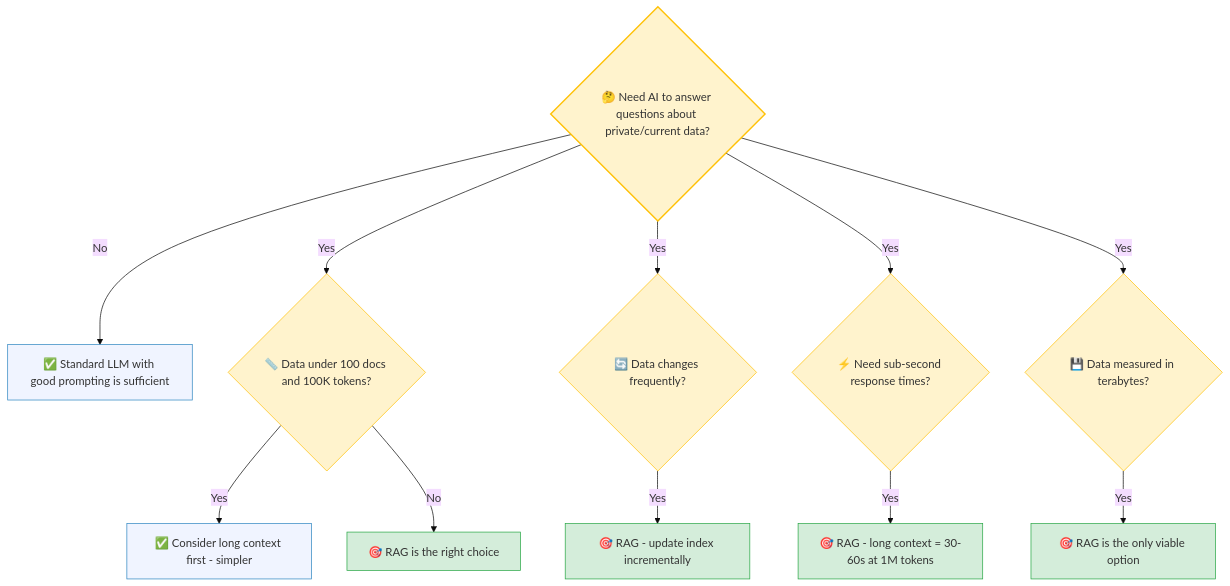
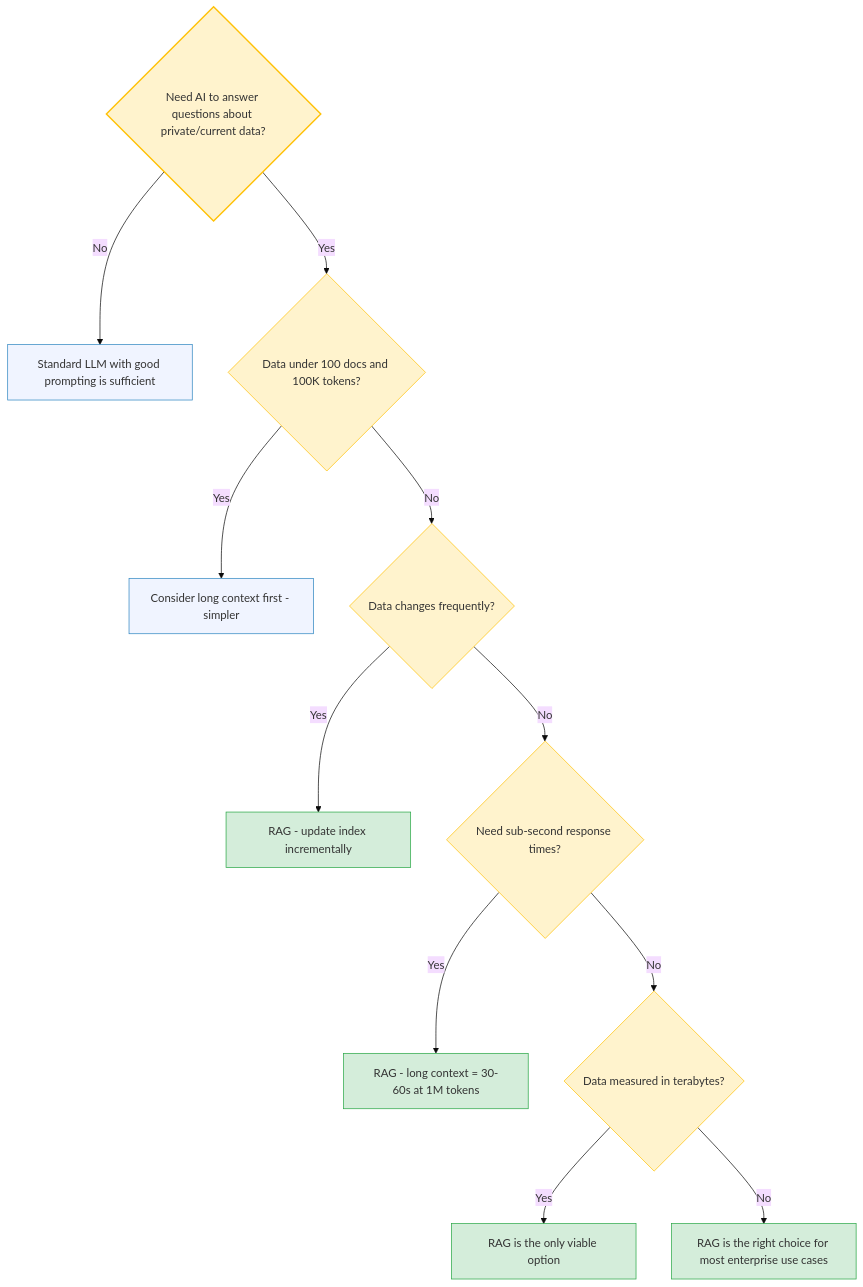
Before and after one commit to ithinktavo/GenAI-Engineering-Handbook: the tenth of 10 diagrams in docs/04-rag-deep-dive.md, drawn with Mermaid (base theme). The commit also changed other lines of this file and 10 other files, not shown here.

Commit message:
Diagram updates

````diff
--- a/docs/04-rag-deep-dive.md
+++ b/docs/04-rag-deep-dive.md
@@ -437,30 +437,30 @@
 ```mermaid
 graph TD
-    Q1{"🤔 Need AI to answer questions about private/current data?"}
-    Q1 -->|No| A1["✅ Standard LLM with good prompting is sufficient"]
-    Q1 -->|Yes| Q2{"📏 Data under 100 docs and 100K tokens?"}
+    Q1{"Need AI to answer questions about private/current data?"}
+    Q1 -->|No| A1["Standard LLM with good prompting is sufficient"]
+    Q1 -->|Yes| Q2{"Data under 100 docs and 100K tokens?"}
 
-    Q2 -->|Yes| A2["✅ Consider long context first - simpler"]
-    Q2 -->|No| A3["🎯 RAG is the right choice"]
+    Q2 -->|Yes| A2["Consider long context first - simpler"]
+    Q2 -->|No| Q3{"Data changes frequently?"}
 
-    Q1 -->|Yes| Q3{"🔄 Data changes frequently?"}
-    Q3 -->|Yes| A4["🎯 RAG - update index incrementally"]
+    Q3 -->|Yes| A4["RAG - update index incrementally"]
+    Q3 -->|No| Q4{"Need sub-second response times?"}
 
-    Q1 -->|Yes| Q4{"⚡ Need sub-second response times?"}
-    Q4 -->|Yes| A5["🎯 RAG - long context = 30-60s at 1M tokens"]
+    Q4 -->|Yes| A5["RAG - long context = 30-60s at 1M tokens"]
+    Q4 -->|No| Q5{"Data measured in terabytes?"}
 
-    Q1 -->|Yes| Q5{"💾 Data measured in terabytes?"}
-    Q5 -->|Yes| A6["🎯 RAG is the only viable option"]
+    Q5 -->|Yes| A6["RAG is the only viable option"]
+    Q5 -->|No| A3["RAG is the right choice for most enterprise use cases"]
 
     style Q1 fill:#fff3cd,stroke:#ffc107,stroke-width:2px
     style Q2 fill:#fff3cd,stroke:#ffc107
     style Q3 fill:#fff3cd,stroke:#ffc107
     style Q4 fill:#fff3cd,stroke:#ffc107
     style Q5 fill:#fff3cd,stroke:#ffc107
     style A1 fill:#f0f4ff,stroke:#2E86C1
     style A2 fill:#f0f4ff,stroke:#2E86C1
     style A3 fill:#d4edda,stroke:#28a745
     style A4 fill:#d4edda,stroke:#28a745
     style A5 fill:#d4edda,stroke:#28a745
     style A6 fill:#d4edda,stroke:#28a745
 ```
````
